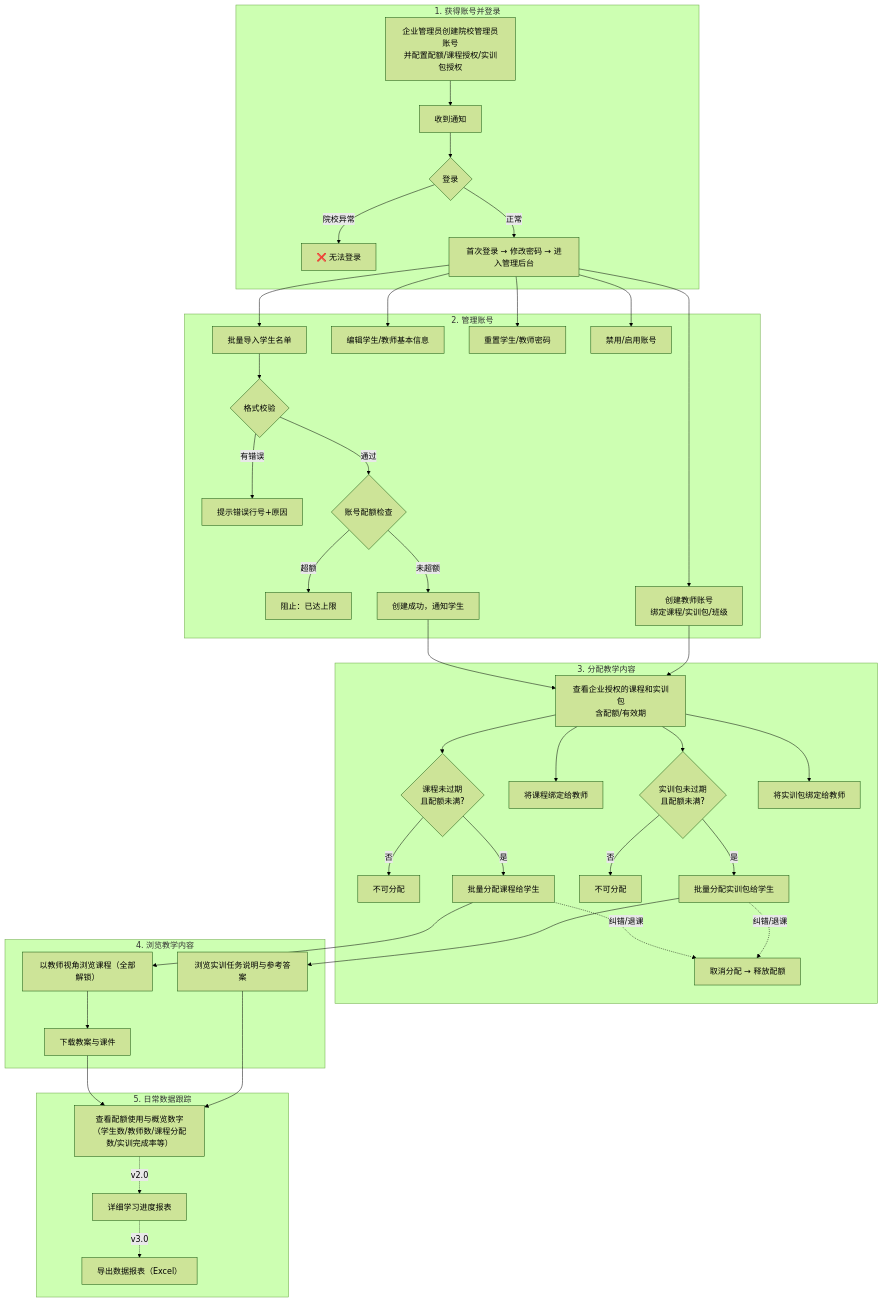
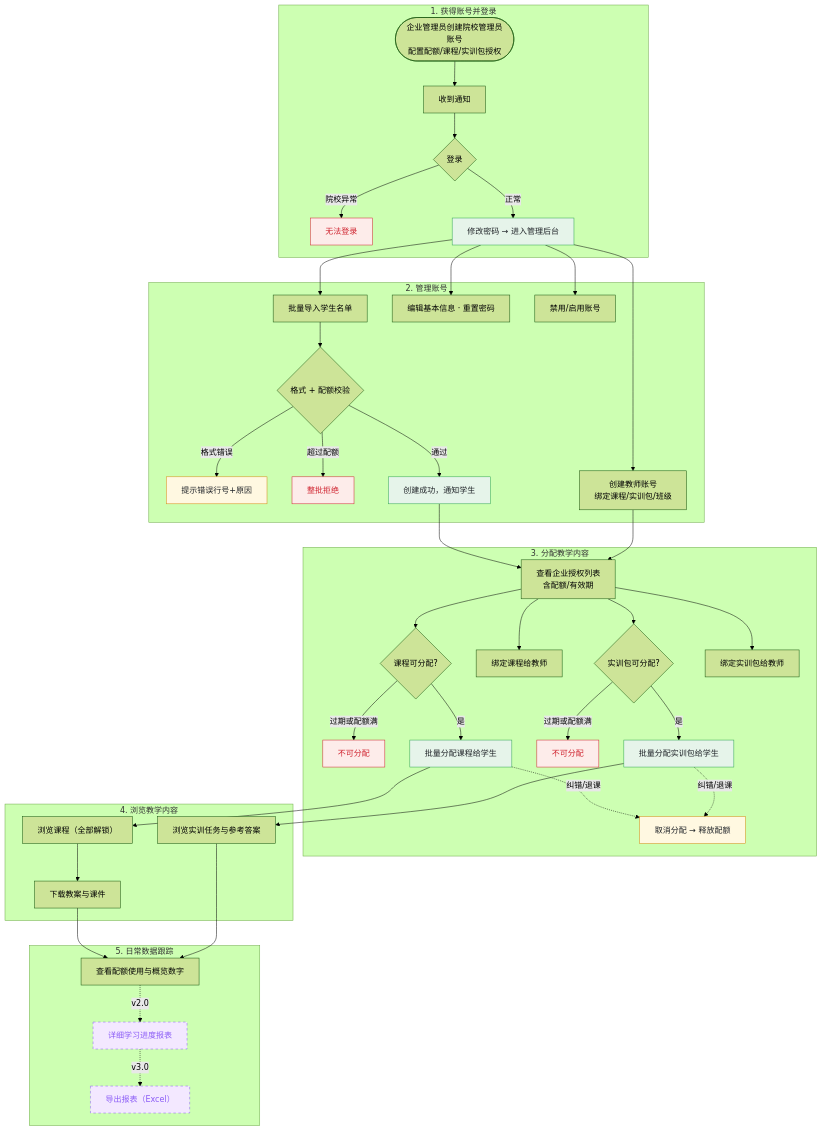
Before and after one commit to Hermanye996/galseek_edu_platform: the fourth of 7 diagrams in design/product/求索教育平台PRD.md, drawn with Mermaid (forest theme). The commit also changed other lines of this file, not shown here.

First line of the commit message:
PRD v1.0.8: 优化全部 Mermaid 图表的可读性和视觉层次

````diff
--- a/design/product/求索教育平台PRD.md
+++ b/design/product/求索教育平台PRD.md
@@ -368,48 +383,51 @@
 ```mermaid
 flowchart TD
+    classDef err fill:#FDECEA,stroke:#CF222E,color:#CF222E
+    classDef ok fill:#E6F4EA,stroke:#2DA44E,color:#1F2328
+    classDef warn fill:#FFF8E1,stroke:#D4880F,color:#1F2328
+    classDef future fill:#F3E8FF,stroke:#8B5CF6,color:#8B5CF6,stroke-dasharray:5 5
+
     subgraph L["1. 获得账号并登录"]
-        L0["企业管理员创建院校管理员账号\n并配置配额/课程授权/实训包授权"] --> L1[收到通知]
+        L0([企业管理员创建院校管理员账号\n配置配额/课程/实训包授权]) --> L1[收到通知]
         L1 --> L2{登录}
-        L2 -->|院校异常| Lx["❌ 无法登录"]
-        L2 -->|正常| L3[首次登录 → 修改密码 → 进入管理后台]
+        L2 -->|院校异常| Lx["无法登录"]:::err
+        L2 -->|正常| L3["修改密码 → 进入管理后台"]:::ok
     end
 
     subgraph A["2. 管理账号"]
         L3 --> A1[批量导入学生名单]
-        A1 --> A1v{格式校验}
-        A1v -->|有错误| A1e[提示错误行号+原因]
-        A1v -->|通过| A1c{账号配额检查}
-        A1c -->|超额| A1q["阻止：已达上限"]
-        A1c -->|未超额| A1s[创建成功，通知学生]
+        A1 --> A1v{格式 + 配额校验}
+        A1v -->|格式错误| A1e["提示错误行号+原因"]:::warn
+        A1v -->|超过配额| A1q["整批拒绝"]:::err
+        A1v -->|通过| A1s["创建成功，通知学生"]:::ok
         L3 --> A2[创建教师账号\n绑定课程/实训包/班级]
-        L3 --> A3[编辑学生/教师基本信息]
-        L3 --> A4[重置学生/教师密码]
+        L3 --> A3[编辑基本信息 · 重置密码]
         L3 --> A5[禁用/启用账号]
     end
 
     subgraph D["3. 分配教学内容"]
-        A1s --> D0[查看企业授权的课程和实训包\n含配额/有效期]
+        A1s --> D0[查看企业授权列表\n含配额/有效期]
         A2 --> D0
-        D0 --> D1{课程未过期\n且配额未满?}
-        D1 -->|否| D1x["不可分配"]
-        D1 -->|是| D2[批量分配课程给学生]
-        D0 --> D3[将课程绑定给教师]
-        D0 --> D4{实训包未过期\n且配额未满?}
-        D4 -->|否| D4x["不可分配"]
-        D4 -->|是| D5[批量分配实训包给学生]
-        D0 --> D6[将实训包绑定给教师]
-        D2 & D5 -.->|纠错/退课| D9["取消分配 → 释放配额"]
+        D0 --> D1{课程可分配?}
+        D1 -->|过期或配额满| D1x["不可分配"]:::err
+        D1 -->|是| D2["批量分配课程给学生"]:::ok
+        D0 --> D3[绑定课程给教师]
+        D0 --> D4{实训包可分配?}
+        D4 -->|过期或配额满| D4x["不可分配"]:::err
+        D4 -->|是| D5["批量分配实训包给学生"]:::ok
+        D0 --> D6[绑定实训包给教师]
+        D2 & D5 -.->|纠错/退课| D9["取消分配 → 释放配额"]:::warn
     end
 
     subgraph V["4. 浏览教学内容"]
-        D2 --> V1["以教师视角浏览课程（全部解锁）"]
+        D2 --> V1["浏览课程（全部解锁）"]
         V1 --> V2[下载教案与课件]
-        D5 --> V3[浏览实训任务说明与参考答案]
+        D5 --> V3[浏览实训任务与参考答案]
     end
 
     subgraph M["5. 日常数据跟踪"]
-        V2 & V3 --> M1["查看配额使用与概览数字\n（学生数/教师数/课程分配数/实训完成率等）"]
-        M1 -.->|v2.0| M2[详细学习进度报表]
-        M2 -.->|v3.0| M3["导出数据报表（Excel）"]
+        V2 & V3 --> M1["查看配额使用与概览数字"]
+        M1 -.->|v2.0| M2["详细学习进度报表"]:::future
+        M2 -.->|v3.0| M3["导出报表（Excel）"]:::future
     end
 ```
````
